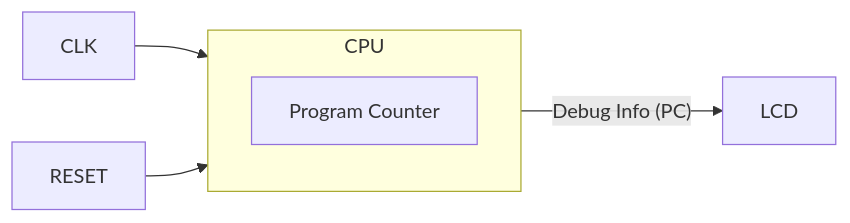
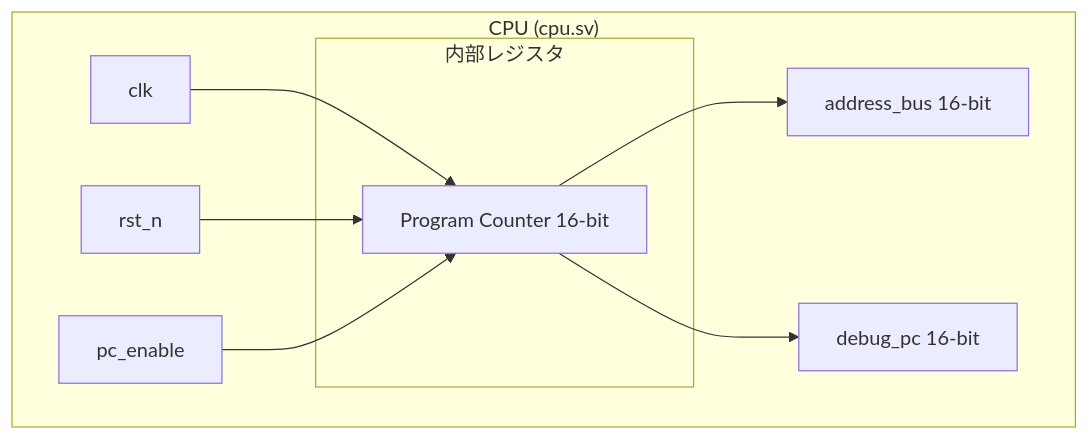
The first of 4 diagrams in day05/README_ja.md (sokoide/tangnano_6502_cpu), drawn with Mermaid before and after one commit. The commit also changed other lines of this file and 1 other file, not shown here.

````diff
--- a/day05/README_ja.md
+++ b/day05/README_ja.md
@@ -33,9 +33,15 @@
 ```mermaid
-graph LR
-    CLK --> CPU
-    RESET --> CPU
-    subgraph CPU
-        PC[Program Counter]
+graph TD
+    subgraph "CPU (cpu.sv)"
+        subgraph "内部レジスタ"
+            PC[Program Counter 16-bit]
+        end
+        
+        CLK[clk] --> PC
+        RST[rst_n] --> PC
+        EN[pc_enable] --> PC
+        
+        PC --> AB[address_bus 16-bit]
+        PC --> DPC[debug_pc 16-bit]
     end
-    CPU -- Debug Info (PC) --> LCD
 ```
````
